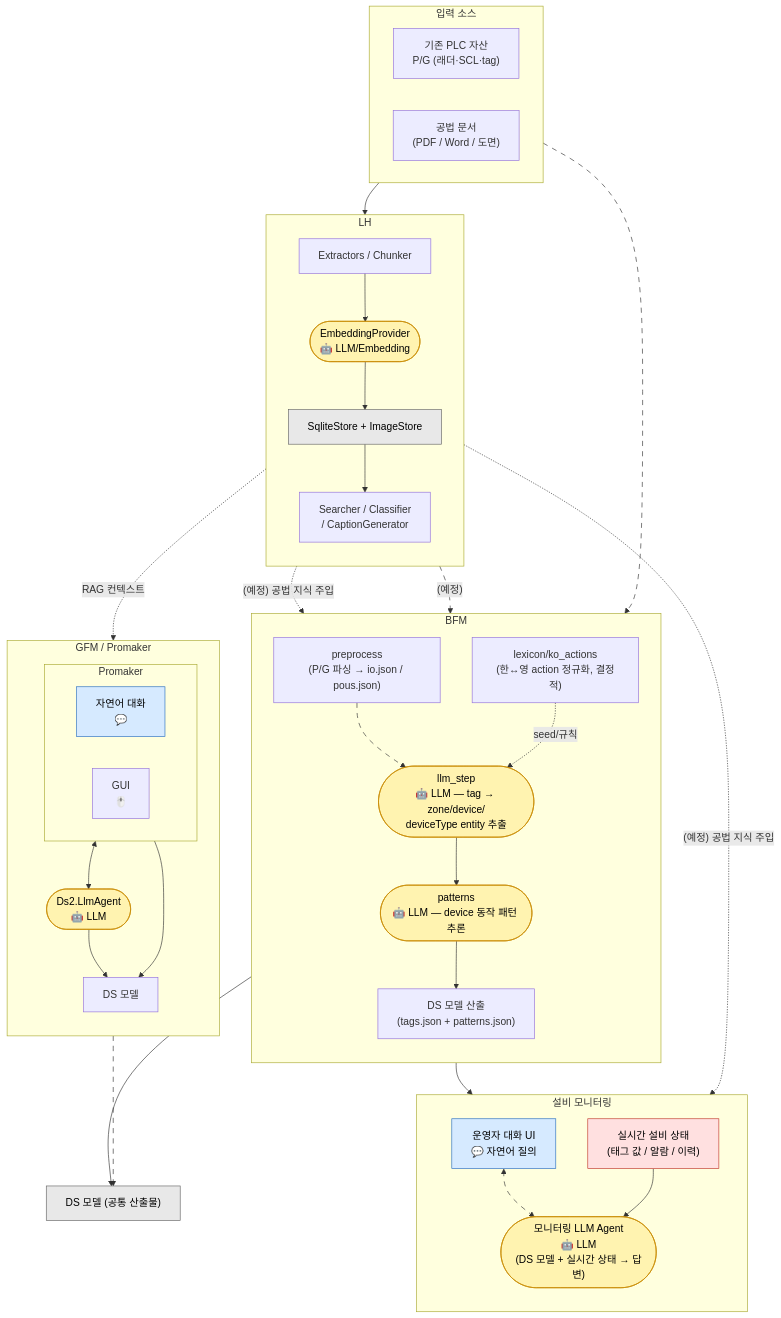
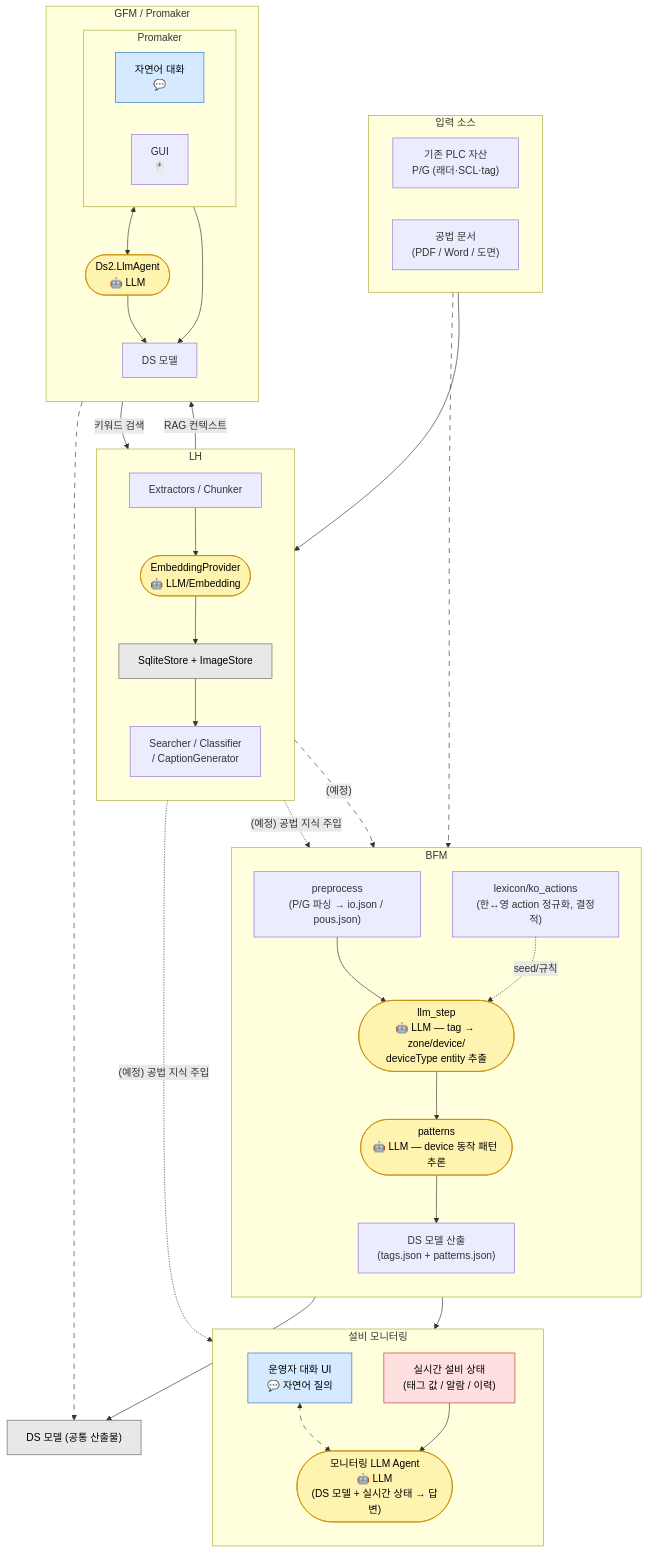
The diagram in Apps/Promaker/Docs/Paper/architecture.md (DualsoftDev/ds2), drawn with Mermaid before and after one commit. The commit also changed 3 other files, not shown here.

````diff
--- a/Apps/Promaker/Docs/Paper/architecture.md
+++ b/Apps/Promaker/Docs/Paper/architecture.md
@@ -39,7 +39,8 @@
         LLA_G --> DS_G
         PRM_GUI --> DS_G
     end
-    LH_SRCH -. "RAG 컨텍스트" .-> LLA_G
+    LH_SRCH -- "RAG 컨텍스트" --> LLA_G
+    LLA_G -- "키워드 검색" --> LH_SRCH
 
     %% ===== BFM =====
     subgraph BFM["BFM"]
@@ -85,6 +86,6 @@
     class ORA_STATE rt;
 
     %% 점선 edge 만 dash/gap 길이 확장 (실선과 시각적 구분 강화)
-    %% index: 8=RAG 컨텍스트, 12=seed/규칙, 14/15=LH→BFM(예정), 19=LH→Oracle(예정)
-    linkStyle 8,12,14,15,19 stroke-dasharray: 8 8;
+    %% index: 13=seed/규칙, 15/16=LH→BFM(예정), 20=LH→Oracle(예정)
+    linkStyle 13,15,16,20 stroke-dasharray: 8 8;
 ```
````
